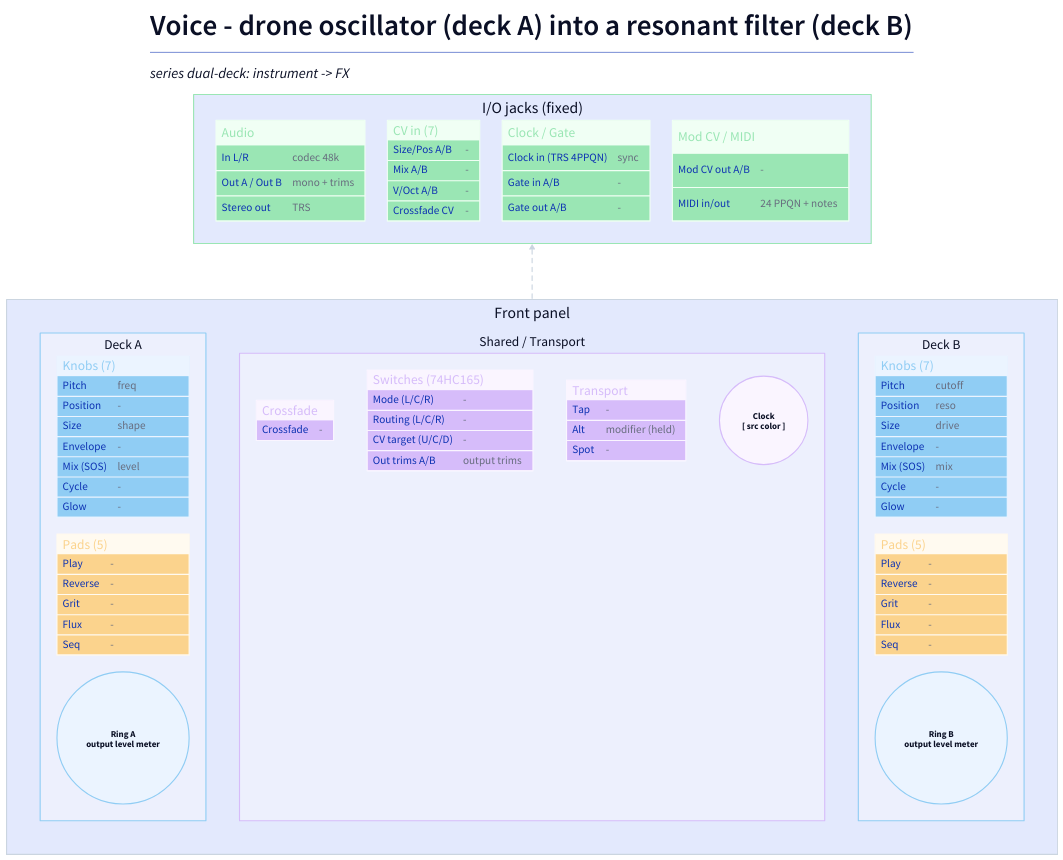
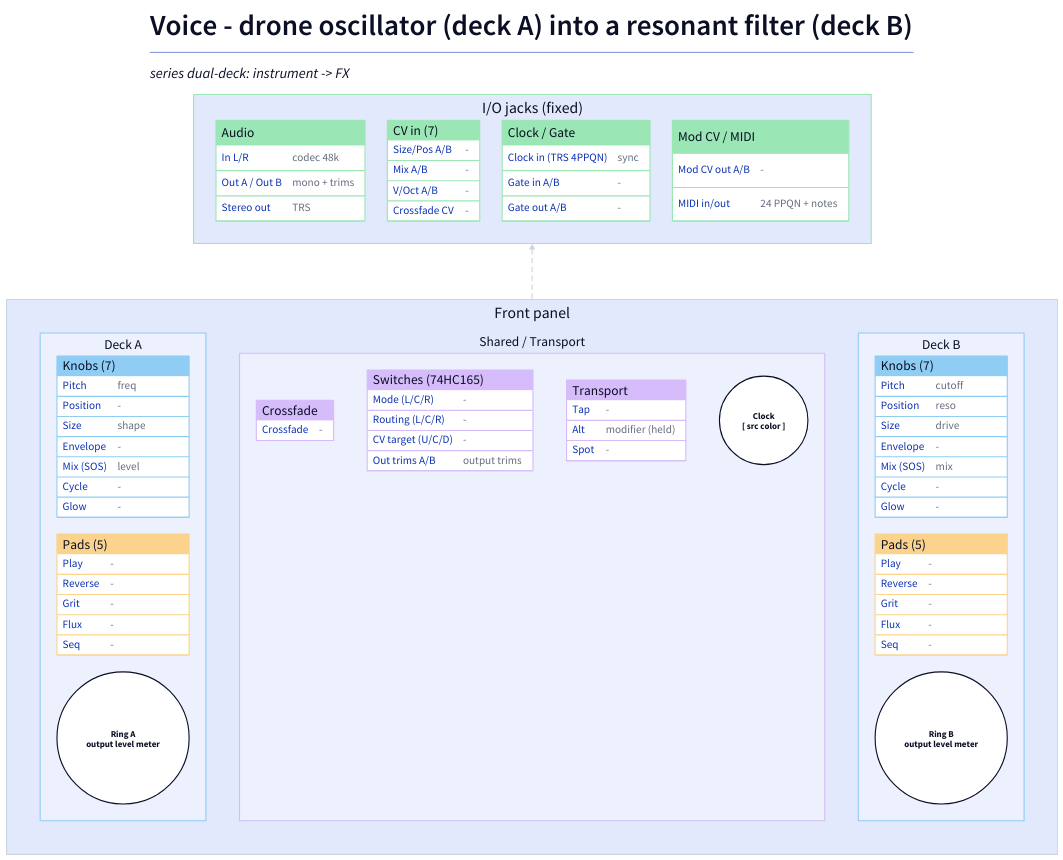
The diagram in docs/diagrams/voice-controls.d2 (shakfu/Spotykach), drawn with D2 before and after one commit. The commit also changed 93 other files, not shown here.

```diff
--- a/docs/diagrams/voice-controls.d2
+++ b/docs/diagrams/voice-controls.d2
@@ -1,179 +1,196 @@
 # GENERATED from controls-template.d2 by scripts/gen_controls_diagram.py.
 # Edit the JSON spec (voice.json), not this file; then re-run / `make diagrams`.
 
 direction: up
 
 vars: {
   d2-config: {
     layout-engine: dagre
     pad: 40
   }
 }
 
 title: |md
   # Voice - drone oscillator (deck A) into a resonant filter (deck B)
   _series dual-deck: instrument -> FX_
 | {
   near: top-center
   style.font-size: 26
 }
 
+# For `shape: sql_table` d2's two keys do not mean what their names suggest, and the difference is
+# the whole point of this block: `fill` paints the HEADER ROW ONLY, and `stroke` paints the TABLE
+# BODY - every data row - rather than a border. (Traced by rendering with marker colours; the
+# container strokes further down are ordinary shapes where `stroke` really is the border.)
+#
+# So the colour goes in `fill`, where it labels the group, and the body stays white. The old values
+# had it the other way round: a near-white header nobody could read against, over rows tinted hard
+# enough to fight their own text.
+# `font-color` is not optional here. d2 renders a table's header label in WHITE, on the assumption
+# that the header fill is dark - so the old near-white header carried white text at 1.11:1, which is
+# why the group titles were barely there. Dark text on these pastels reads at 11:1 or better.
 classes: {
-  knob:   { style: { fill: "#ebf4ff"; stroke: "#90cdf4"; stroke-width: 2 } }
-  pad:    { style: { fill: "#fffaf0"; stroke: "#fbd38d"; stroke-width: 2 } }
-  shared: { style: { fill: "#faf5ff"; stroke: "#d6bcfa"; stroke-width: 2 } }
-  io:     { style: { fill: "#f0fff4"; stroke: "#9ae6b4"; stroke-width: 2 } }
+  knob:   { style: { fill: "#90cdf4"; stroke: "#ffffff"; font-color: "#0a0f25" } }
+  pad:    { style: { fill: "#fbd38d"; stroke: "#ffffff"; font-color: "#0a0f25" } }
+  shared: { style: { fill: "#d6bcfa"; stroke: "#ffffff"; font-color: "#0a0f25" } }
+  io:     { style: { fill: "#9ae6b4"; stroke: "#ffffff"; font-color: "#0a0f25" } }
+  # The LED circles are NOT tables, so here `fill` really is the fill and `stroke` really is the
+  # border - the same two keys, different meaning, which is why they need a class of their own rather
+  # than borrowing `knob`. Left uncoloured on purpose: these stand for a physical light whose colour
+  # is the thing being described in words beside them, so tinting the drawing states a colour that
+  # contradicts its own caption.
+  led:    { style: { fill: "#ffffff"; stroke: "#0a0f25"; font-color: "#0a0f25" } }
 }
 
 panel: Front panel {
   grid-columns: 3
   grid-gap: 60
   style.stroke: "#cbd5e0"
 
   # ----------------------------------------------------------------- DECK A
   deckA: Deck A {
     grid-columns: 1
     grid-gap: 30
     style.stroke: "#90cdf4"
 
     knobsA: Knobs (7) {
       class: knob
       shape: sql_table
       Pitch: "freq"
       Position: "-"
       Size: "shape"
       Envelope: "-"
       "Mix (SOS)": "level"
       Cycle: "-"
       Glow: "-"
     }
 
     padsA: Pads (5) {
       class: pad
       shape: sql_table
       Play: "-"
       Reverse: "-"
       Grit: "-"
       Flux: "-"
       Seq: "-"
     }
 
     ringA: "LED Ring A (32px)" {
-      class: knob
+      class: led
       shape: circle
       label: "Ring A\noutput level meter"
     }
   }
 
   # --------------------------------------------------------------- SHARED
   center: Shared / Transport {
     style.stroke: "#d6bcfa"
 
     xfade: Crossfade {
       class: shared
       shape: sql_table
       Crossfade: "-"
     }
 
     switches: Switches (74HC165) {
       class: shared
       shape: sql_table
       "Mode (L/C/R)": "-"
       "Routing (L/C/R)": "-"
       "CV target (U/C/D)": "-"
       "Out trims A/B": "output trims"
     }
 
     transport: Transport {
       class: shared
       shape: sql_table
       Tap: "-"
       Alt:  "modifier (held)"
       Spot: "-"
     }
 
     clockled: "Clock LED" {
-      class: shared
+      class: led
       shape: circle
       label: "Clock\n[ src color ]"
     }
   }
 
   # ----------------------------------------------------------------- DECK B
   deckB: Deck B {
     grid-columns: 1
     grid-gap: 30
     style.stroke: "#90cdf4"
 
     knobsB: Knobs (7) {
       class: knob
       shape: sql_table
       Pitch: "cutoff"
       Position: "reso"
       Size: "drive"
       Envelope: "-"
       "Mix (SOS)": "mix"
       Cycle: "-"
       Glow: "-"
     }
 
     padsB: Pads (5) {
       class: pad
       shape: sql_table
       Play: "-"
       Reverse: "-"
       Grit: "-"
       Flux: "-"
       Seq: "-"
     }
 
     ringB: "LED Ring B (32px)" {
-      class: knob
+      class: led
       shape: circle
       label: "Ring B\noutput level meter"
     }
   }
 }
 
 # ---------------------------------------------------------------------- I/O
 io: I/O jacks (fixed) {
   grid-columns: 4
   grid-gap: 40
   style.stroke: "#9ae6b4"
 
   audio: Audio {
     class: io
     shape: sql_table
     "In L/R":        "codec 48k"
     "Out A / Out B": "mono + trims"
     "Stereo out":    "TRS"
   }
 
   cv: CV in (7) {
     class: io
     shape: sql_table
     "Size/Pos A/B": "-"
     "Mix A/B": "-"
     "V/Oct A/B": "-"
     "Crossfade CV": "-"
   }
 
   gates: Clock / Gate {
     class: io
     shape: sql_table
     "Clock in (TRS 4PPQN)": "sync"
     "Gate in A/B": "-"
     "Gate out A/B": "-"
   }
 
   modmidi: Mod CV / MIDI {
     class: io
     shape: sql_table
     "Mod CV out A/B": "-"
     "MIDI in/out":    "24 PPQN + notes"
   }
 }
 
 panel -> io: {
   style: { stroke: "#cbd5e0"; stroke-dash: 4 }
 }
```
